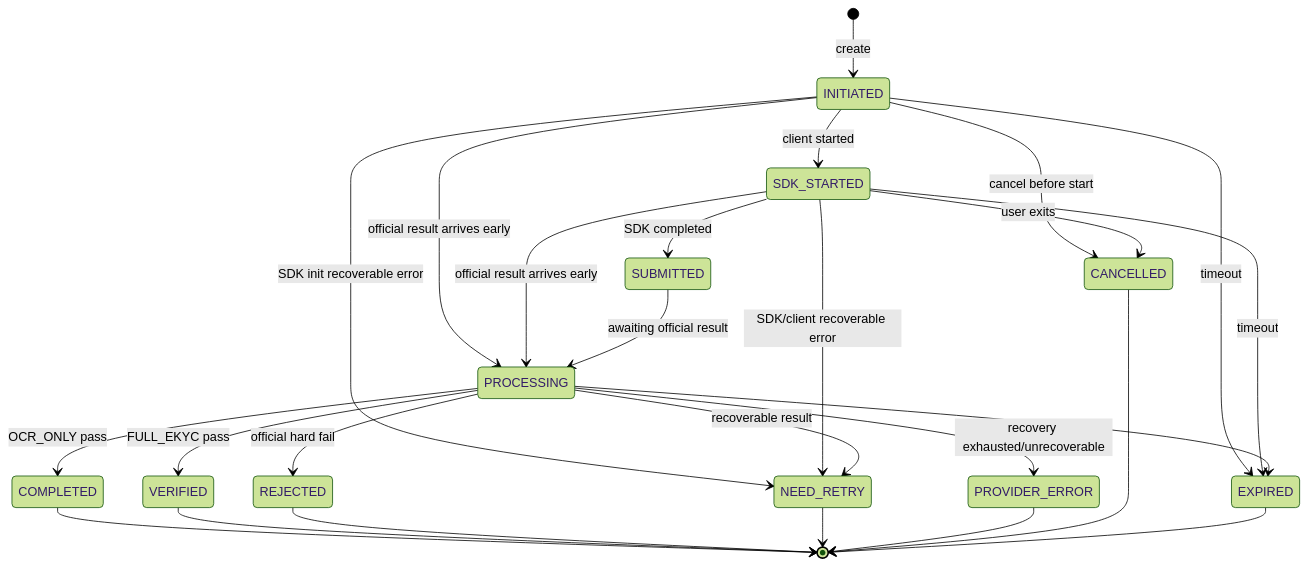
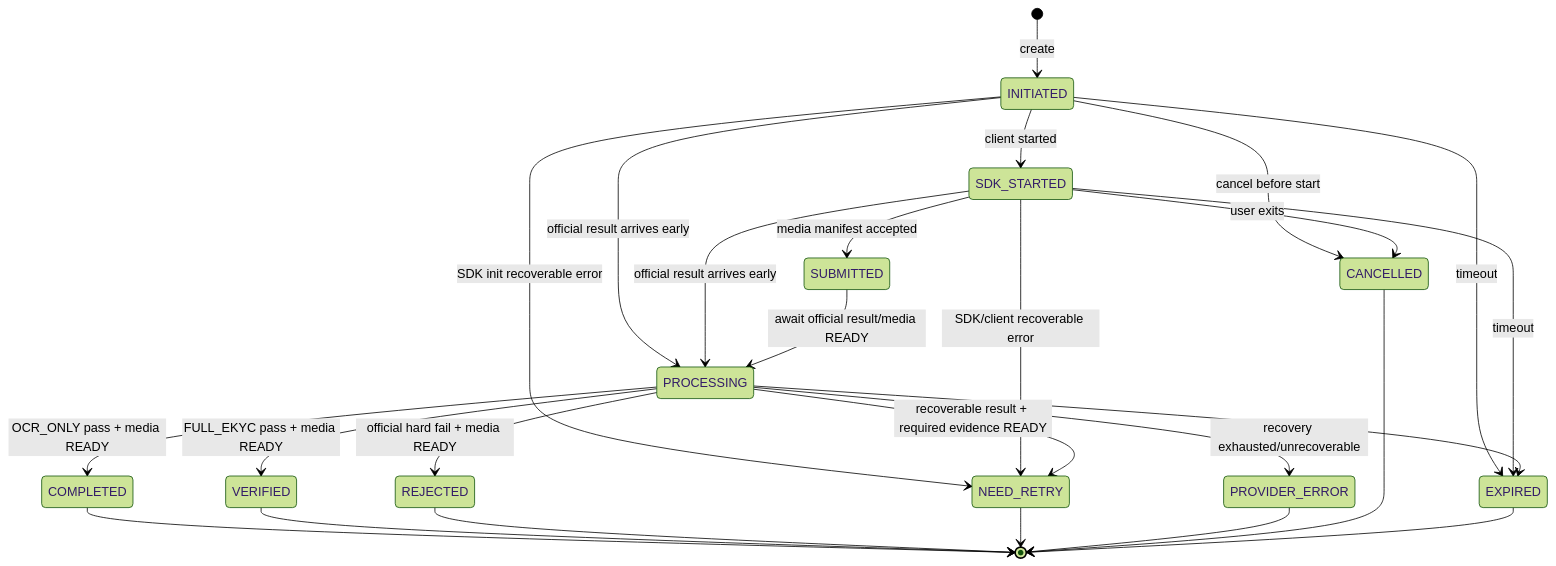
The fifth of 18 diagrams in tdd2.md (huynv-xyz/vhm), drawn with Mermaid (forest theme) before and after one commit. The commit also changed other lines of this file, not shown here.

````diff
--- a/tdd2.md
+++ b/tdd2.md
@@ -469,31 +655,31 @@
 ```mermaid
 stateDiagram-v2
     [*] --> INITIATED: create
     INITIATED --> SDK_STARTED: client started
     INITIATED --> CANCELLED: cancel before start
     INITIATED --> EXPIRED: timeout
     INITIATED --> NEED_RETRY: SDK init recoverable error
     INITIATED --> PROCESSING: official result arrives early
 
-    SDK_STARTED --> SUBMITTED: SDK completed
+    SDK_STARTED --> SUBMITTED: media manifest accepted
     SDK_STARTED --> CANCELLED: user exits
     SDK_STARTED --> NEED_RETRY: SDK/client recoverable error
     SDK_STARTED --> EXPIRED: timeout
     SDK_STARTED --> PROCESSING: official result arrives early
 
-    SUBMITTED --> PROCESSING: awaiting official result
-    PROCESSING --> COMPLETED: OCR_ONLY pass
-    PROCESSING --> VERIFIED: FULL_EKYC pass
-    PROCESSING --> REJECTED: official hard fail
-    PROCESSING --> NEED_RETRY: recoverable result
+    SUBMITTED --> PROCESSING: await official result/media READY
+    PROCESSING --> COMPLETED: OCR_ONLY pass + media READY
+    PROCESSING --> VERIFIED: FULL_EKYC pass + media READY
+    PROCESSING --> REJECTED: official hard fail + media READY
+    PROCESSING --> NEED_RETRY: recoverable result + required evidence READY
     PROCESSING --> PROVIDER_ERROR: recovery exhausted/unrecoverable
     PROCESSING --> EXPIRED
 
     COMPLETED --> [*]
     VERIFIED --> [*]
     REJECTED --> [*]
     NEED_RETRY --> [*]
     PROVIDER_ERROR --> [*]
     CANCELLED --> [*]
     EXPIRED --> [*]
 ```
````
